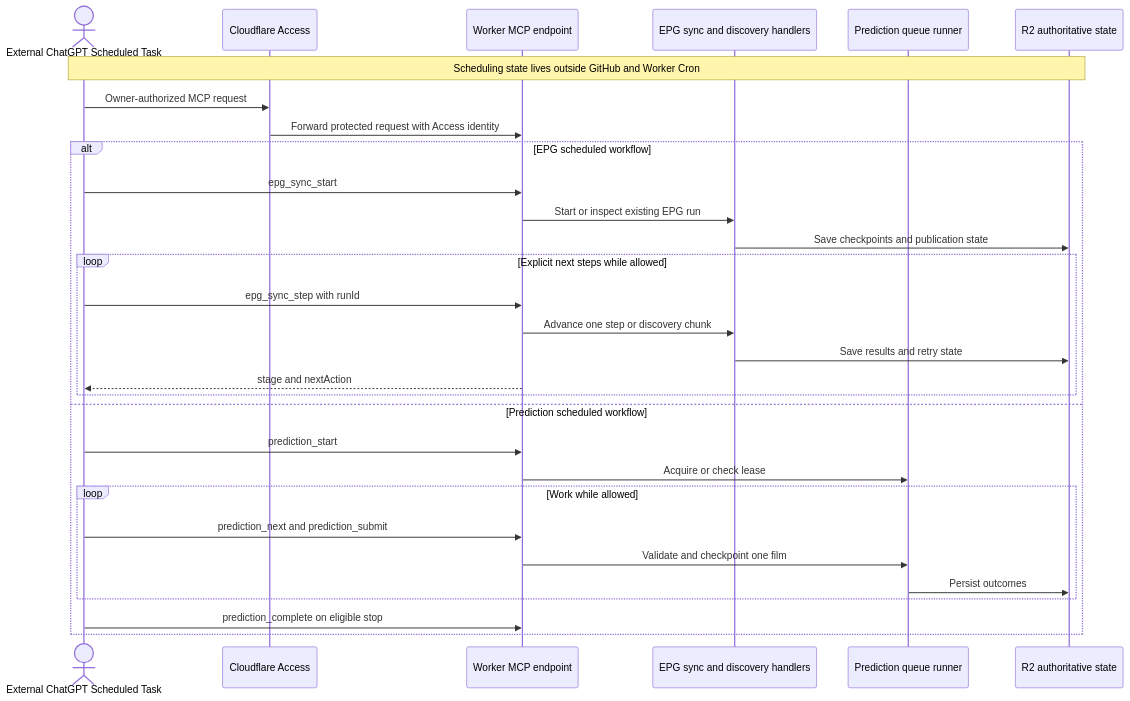
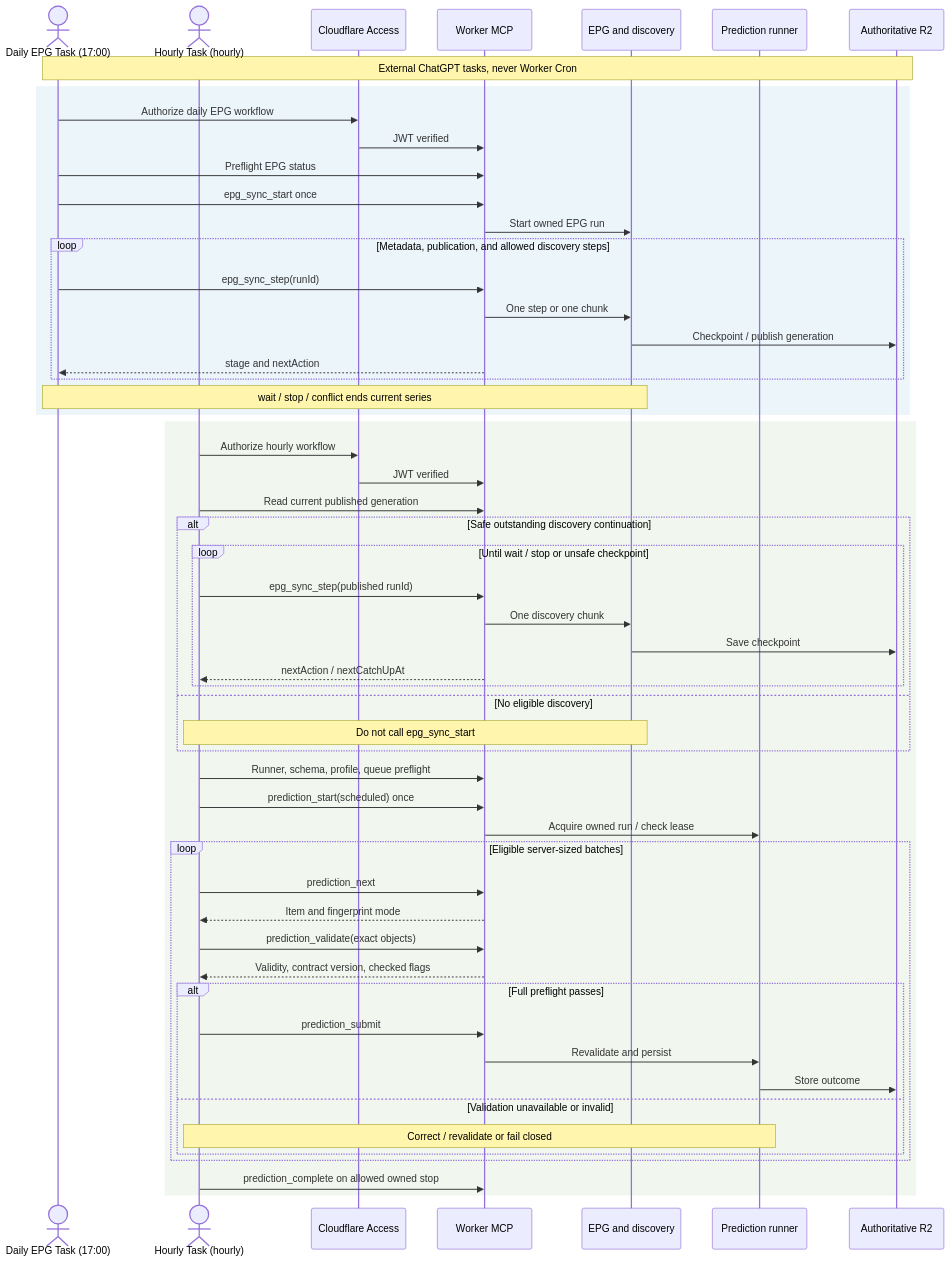
The diagram in docs/architecture/scheduling-and-orchestration.md (vladimino/iptv-watchlist), drawn with Mermaid before and after one commit. The commit also changed other lines of this file, not shown here.

Commit message:
docs: show hourly discovery catch-up before predictions (AIR-154)

````diff
--- a/docs/architecture/scheduling-and-orchestration.md
+++ b/docs/architecture/scheduling-and-orchestration.md
@@ -5,32 +5,57 @@
 ```mermaid
 sequenceDiagram
-    actor Task as External ChatGPT Scheduled Task
+    actor Daily as Daily EPG Task (17:00)
+    actor Hourly as Hourly Task (hourly)
     participant Access as Cloudflare Access
-    participant MCP as Worker MCP endpoint
-    participant EPG as EPG sync and discovery handlers
-    participant Runner as Prediction queue runner
-    participant R2 as R2 authoritative state
-    Note over Task,R2: Scheduling state lives outside GitHub and Worker Cron
-    Task->>Access: Owner-authorized MCP request
-    Access->>MCP: Forward protected request with Access identity
-    alt EPG scheduled workflow
-        Task->>MCP: epg_sync_start
-        MCP->>EPG: Start or inspect existing EPG run
-        EPG->>R2: Save checkpoints and publication state
-        loop Explicit next steps while allowed
-            Task->>MCP: epg_sync_step with runId
-            MCP->>EPG: Advance one step or discovery chunk
-            EPG->>R2: Save results and retry state
-            MCP-->>Task: stage and nextAction
+    participant MCP as Worker MCP
+    participant EPG as EPG and discovery
+    participant Runner as Prediction runner
+    participant R2 as Authoritative R2
+    Note over Daily,R2: External ChatGPT tasks, never Worker Cron
+    rect rgb(235, 245, 250)
+        Daily->>Access: Authorize daily EPG workflow
+        Access->>MCP: JWT verified
+        Daily->>MCP: Preflight EPG status
+        Daily->>MCP: epg_sync_start once
+        MCP->>EPG: Start owned EPG run
+        loop Metadata, publication, and allowed discovery steps
+            Daily->>MCP: epg_sync_step(runId)
+            MCP->>EPG: One step or one chunk
+            EPG->>R2: Checkpoint / publish generation
+            MCP-->>Daily: stage and nextAction
         end
-    else Prediction scheduled workflow
-        Task->>MCP: prediction_start
-        MCP->>Runner: Acquire or check lease
-        loop Work while allowed
-            Task->>MCP: prediction_next and prediction_submit
-            MCP->>Runner: Validate and checkpoint one film
-            Runner->>R2: Persist outcomes
+        Note over Daily,EPG: wait / stop / conflict ends current series
+    end
+    rect rgb(241, 247, 239)
+        Hourly->>Access: Authorize hourly workflow
+        Access->>MCP: JWT verified
+        Hourly->>MCP: Read current published generation
+        alt Safe outstanding discovery continuation
+            loop Until wait / stop or unsafe checkpoint
+                Hourly->>MCP: epg_sync_step(published runId)
+                MCP->>EPG: One discovery chunk
+                EPG->>R2: Save checkpoint
+                MCP-->>Hourly: nextAction / nextCatchUpAt
+            end
+        else No eligible discovery
+            Note over Hourly,EPG: Do not call epg_sync_start
         end
-        Task->>MCP: prediction_complete on eligible stop
+        Hourly->>MCP: Runner, schema, profile, queue preflight
+        Hourly->>MCP: prediction_start(scheduled) once
+        MCP->>Runner: Acquire owned run / check lease
+        loop Eligible server-sized batches
+            Hourly->>MCP: prediction_next
+            MCP-->>Hourly: Item and fingerprint mode
+            Hourly->>MCP: prediction_validate(exact objects)
+            MCP-->>Hourly: Validity, contract version, checked flags
+            alt Full preflight passes
+                Hourly->>MCP: prediction_submit
+                MCP->>Runner: Revalidate and persist
+                Runner->>R2: Store outcome
+            else Validation unavailable or invalid
+                Note over Hourly,Runner: Correct / revalidate or fail closed
+            end
+        end
+        Hourly->>MCP: prediction_complete on allowed owned stop
     end
 ```
````
